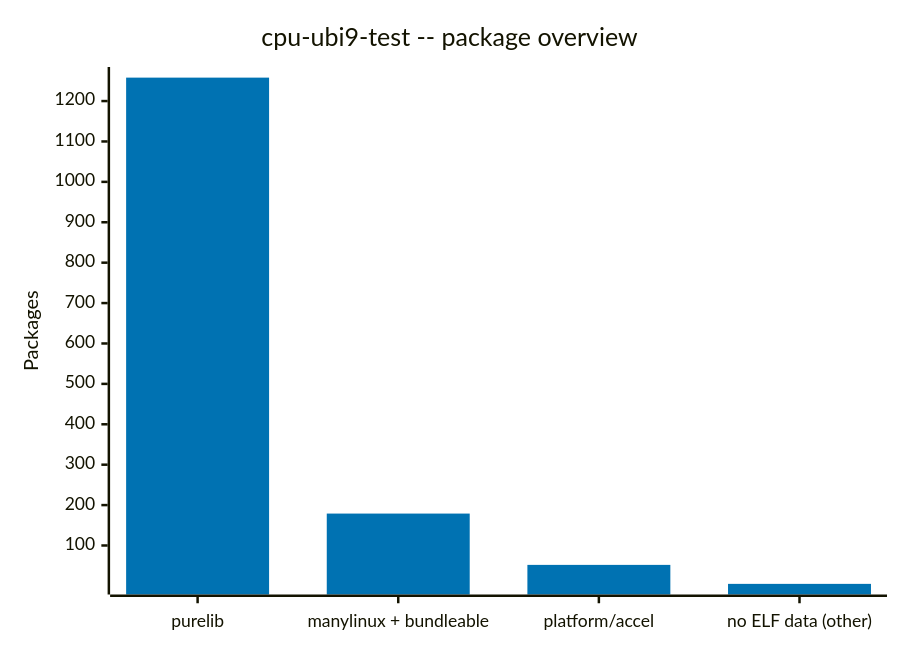
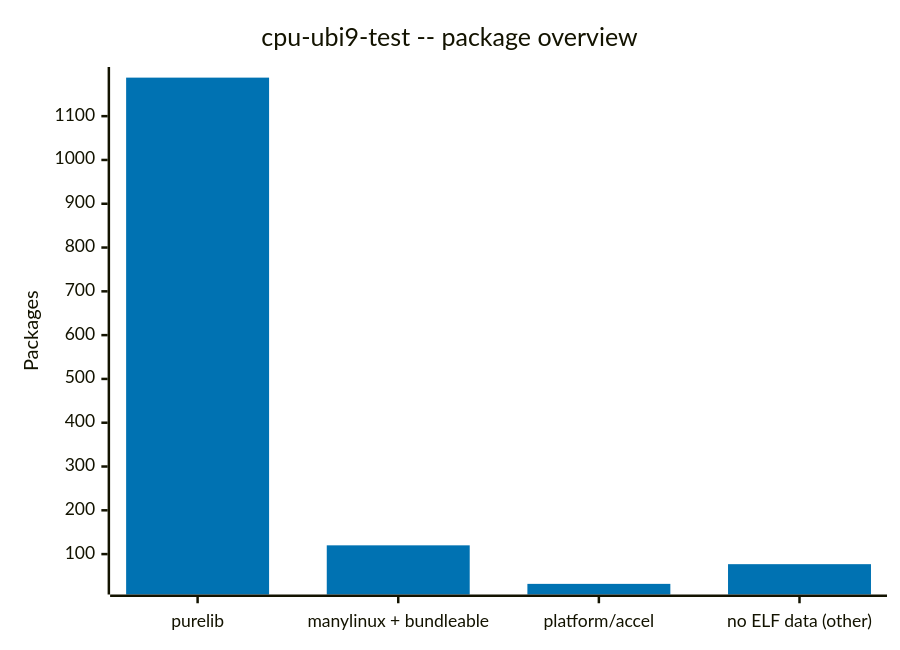
The diagram in data/rhoai-3.6-EA1/cpu-ubi9-test/elf-analysis.md (tiran/sdist-analyzer-results), drawn with Mermaid before and after one commit. The commit also changed other lines of this file and 40015 other files, not shown here.

````diff
--- a/data/rhoai-3.6-EA1/cpu-ubi9-test/elf-analysis.md
+++ b/data/rhoai-3.6-EA1/cpu-ubi9-test/elf-analysis.md
@@ -25,8 +25,8 @@
 ```mermaid
 %%{init: {"theme": "base", "themeVariables": {"xyChart": {"plotColorPalette": "#0072B2, #009E73, #D55E00, #999999"}}}}%%
 xychart-beta
     title "cpu-ubi9-test -- package overview"
     x-axis ["purelib", "manylinux + bundleable", "platform/accel", "no ELF data (other)"]
     y-axis "Packages"
-    bar [1258, 179, 52, 5]
+    bar [1188, 120, 32, 77]
 ```
````
